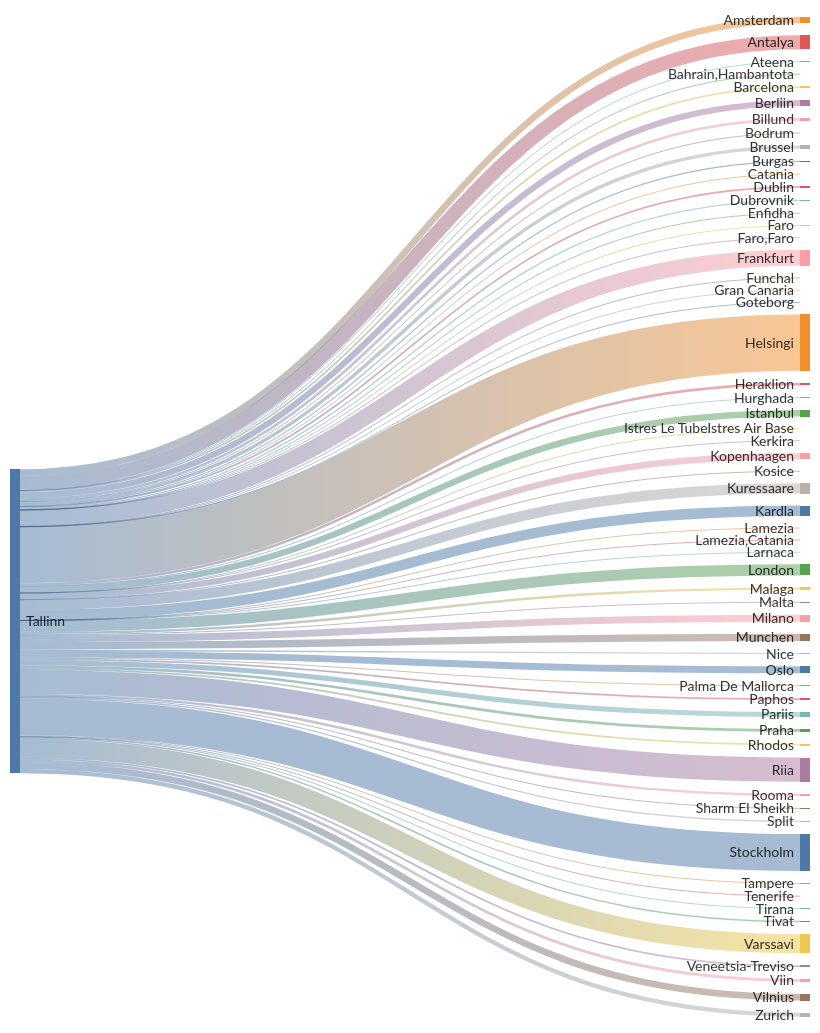
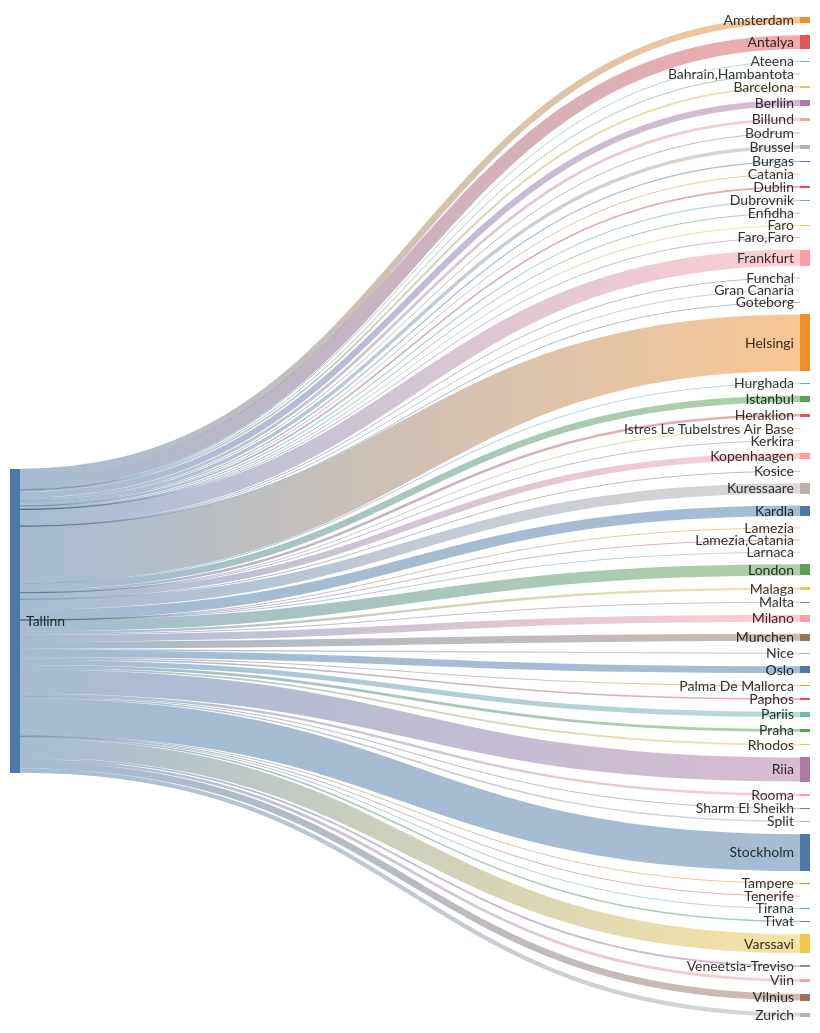
One commit to rainermesi/tll-airport-departures changed the second of 2 diagrams in README.md. Above: the diagram before and after it, drawn with Mermaid. The commit also changed other lines of this file, not shown here.

````diff
--- a/README.md
+++ b/README.md
@@ -34,72 +34,72 @@
 ```mermaid
 ---
 config:
   sankey:
     showValues: false
     width: 800
     height: 1000
 ---
 sankey-beta
 %% source,target,value
-Tallinn,Amsterdam,116
+Tallinn,Amsterdam,117
 Tallinn,Antalya,247
 Tallinn,Ateena,16
 Tallinn,"Bahrain,Hambantota",1
-Tallinn,Barcelona,31
-Tallinn,Berliin,110
+Tallinn,Barcelona,32
+Tallinn,Berliin,111
 Tallinn,Billund,49
 Tallinn,Bodrum,11
-Tallinn,Brussel,61
+Tallinn,Brussel,62
 Tallinn,Burgas,21
 Tallinn,Catania,2
 Tallinn,Dublin,31
 Tallinn,Dubrovnik,21
 Tallinn,Enfidha,7
 Tallinn,Faro,4
 Tallinn,"Faro,Faro",1
-Tallinn,Frankfurt,288
+Tallinn,Frankfurt,291
 Tallinn,Funchal,4
-Tallinn,Gran Canaria,6
+Tallinn,Gran Canaria,7
 Tallinn,Goteborg,1
-Tallinn,Helsingi,1006
+Tallinn,Helsingi,1015
 Tallinn,Heraklion,46
 Tallinn,Hurghada,12
-Tallinn,Istanbul,114
+Tallinn,Istanbul,116
 Tallinn,Istres Le TubeIstres Air Base,2
 Tallinn,Kerkira,4
-Tallinn,Kopenhaagen,114
+Tallinn,Kopenhaagen,115
 Tallinn,Kosice,1
-Tallinn,Kuressaare,184
-Tallinn,Kardla,184
+Tallinn,Kuressaare,185
+Tallinn,Kardla,185
 Tallinn,Lamezia,1
 Tallinn,"Lamezia,Catania",3
 Tallinn,Larnaca,4
-Tallinn,London,197
+Tallinn,London,199
 Tallinn,Malaga,43
 Tallinn,Malta,15
-Tallinn,Milano,125
+Tallinn,Milano,126
 Tallinn,Munchen,130
 Tallinn,Nice,25
-Tallinn,Oslo,122
+Tallinn,Oslo,124
 Tallinn,Palma De Mallorca,19
 Tallinn,Paphos,30
-Tallinn,Pariis,91
+Tallinn,Pariis,92
 Tallinn,Praha,49
 Tallinn,Rhodos,32
-Tallinn,Riia,429
-Tallinn,Rooma,43
-Tallinn,Sharm El Sheikh,12
+Tallinn,Riia,433
+Tallinn,Rooma,44
+Tallinn,Sharm El Sheikh,14
 Tallinn,Split,25
-Tallinn,Stockholm,657
+Tallinn,Stockholm,661
 Tallinn,Tampere,17
 Tallinn,Tenerife,9
 Tallinn,Tirana,8
 Tallinn,Tivat,26
-Tallinn,Varssavi,339
-Tallinn,Veneetsia-Treviso,31
+Tallinn,Varssavi,342
+Tallinn,Veneetsia-Treviso,32
 Tallinn,Viin,50
-Tallinn,Vilnius,119
-Tallinn,Zurich,77
+Tallinn,Vilnius,120
+Tallinn,Zurich,78
 
 
 ```
````
